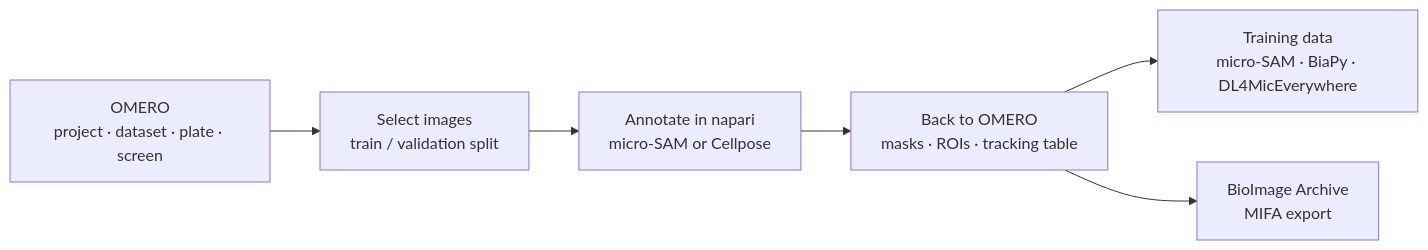
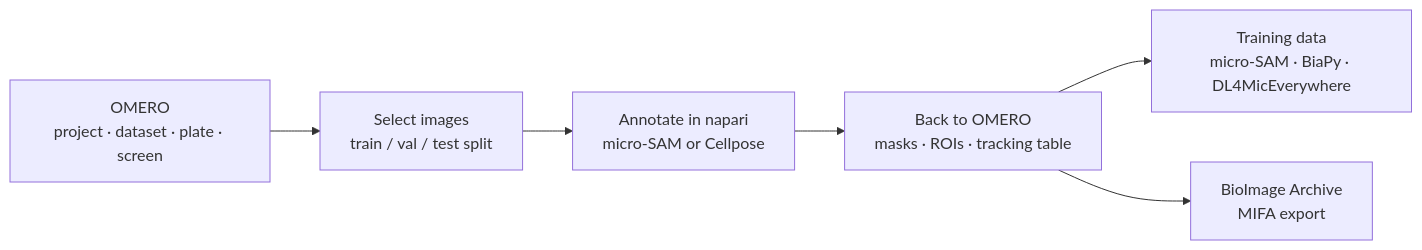
One commit to Leiden-Cell-Observatory/omero_annotate_ai changed the diagram in docs/index.md. Above: the diagram before and after it, drawn with Mermaid. The commit also changed other lines of this file and 19 other files, not shown here.

````diff
--- a/docs/index.md
+++ b/docs/index.md
@@ -48,8 +50,8 @@
 ```mermaid
 flowchart LR
-    A[OMERO<br/>project · dataset · plate · screen] --> B[Select images<br/>train / validation split]
+    A[OMERO<br/>project · dataset · plate · screen] --> B[Select images<br/>train / val / test split]
     B --> C[Annotate in napari<br/>micro-SAM or Cellpose]
     C --> D[Back to OMERO<br/>masks · ROIs · tracking table]
     D --> E[Training data<br/>micro-SAM · BiaPy · DL4MicEverywhere]
     D --> F[BioImage Archive<br/>MIFA export]
 ```
````
